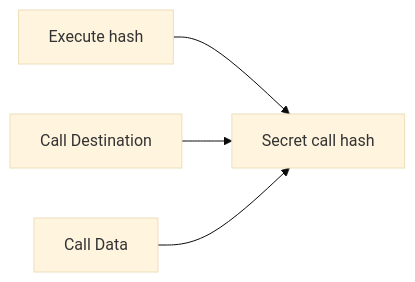
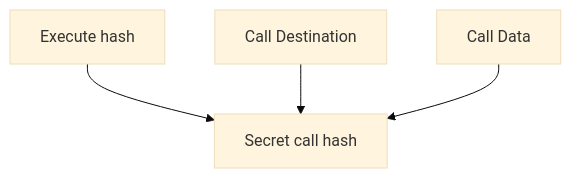
One commit to ethereum/EIPs changed the third of 3 diagrams in EIPS/eip-2429.md. Above: the diagram before and after it, drawn with Mermaid (base theme). The commit also changed other lines of this file, not shown here.

````diff
--- a/EIPS/eip-2429.md
+++ b/EIPS/eip-2429.md
@@ -242,10 +255,10 @@
 ```mermaid
-	graph LR
+	graph TB
     hash_to_execute["Execute hash"]
     call_destination["Call Destination"]
     call_data["Call Data"]
     secret_call["Secret call hash"]  
     hash_to_execute --> secret_call;
     call_destination --> secret_call; 
     call_data --> secret_call; 
 ```
````
